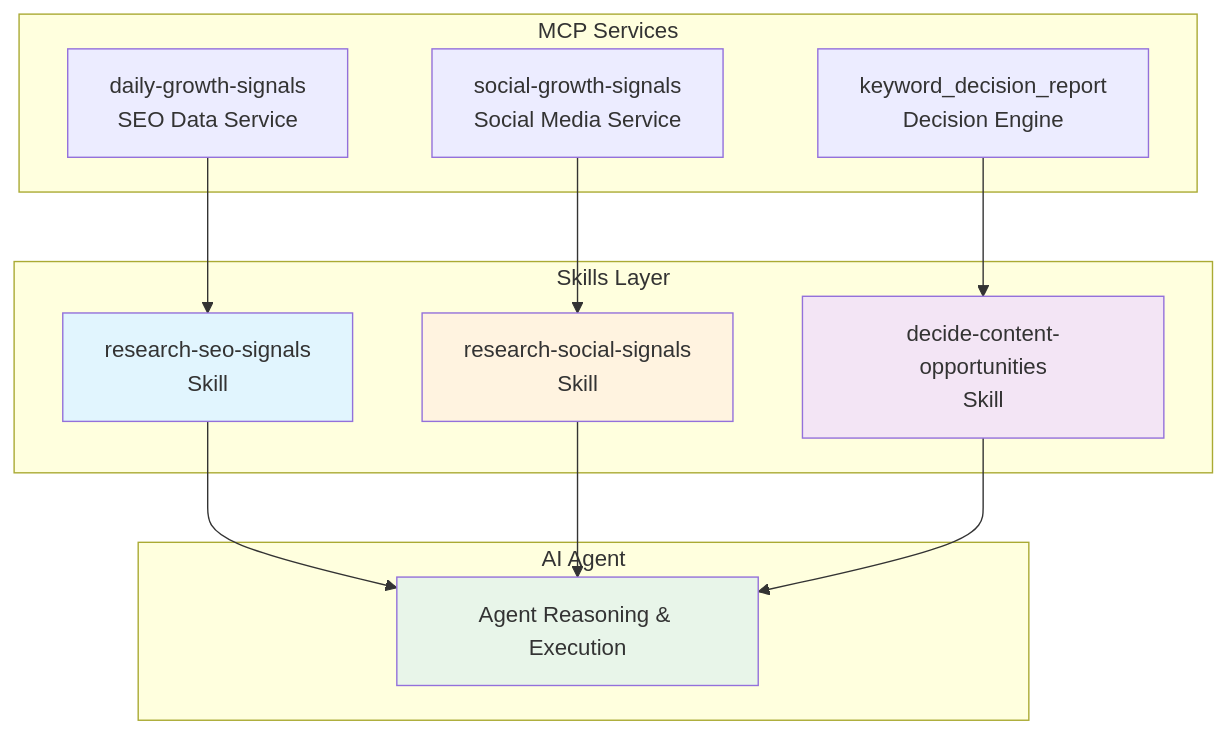
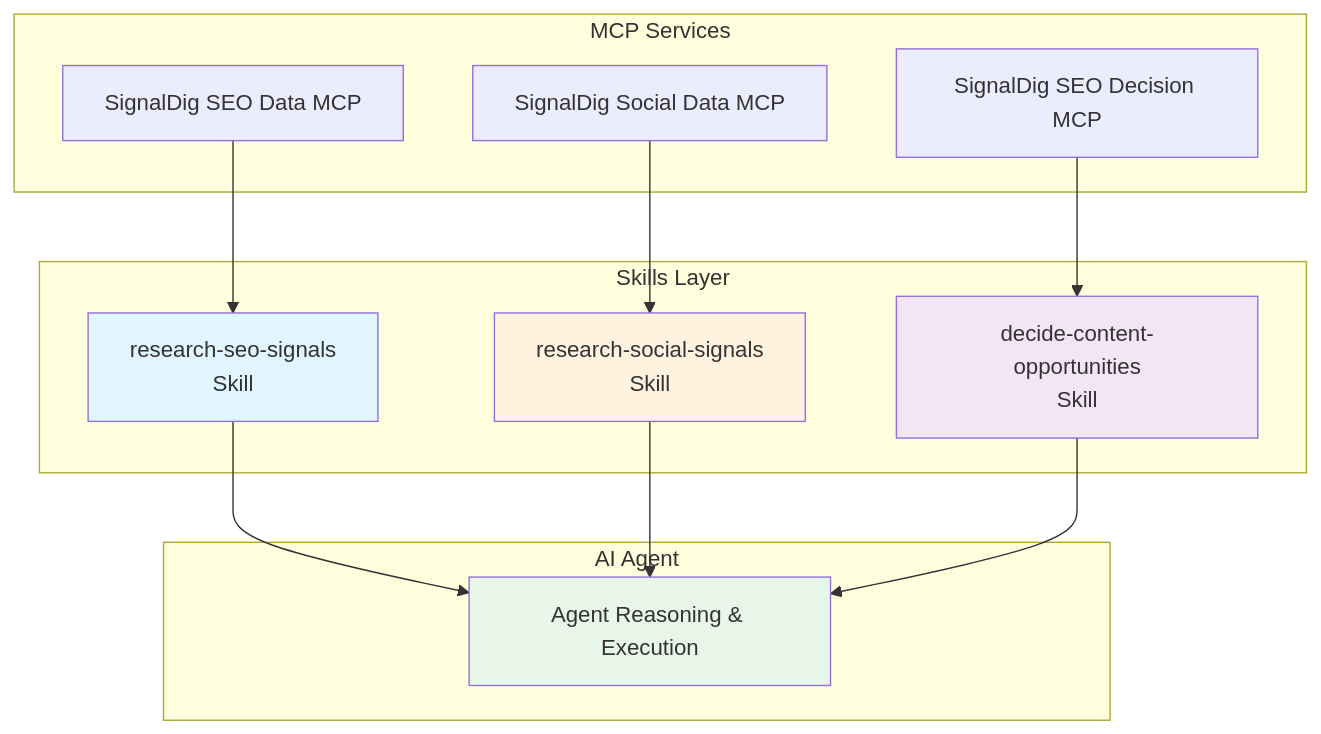
One commit to daily-growth-signals/seo-signal-skills changed the diagram in skills/README.md. Above: the diagram before and after it, drawn with Mermaid. The commit also changed other lines of this file and 21 other files, not shown here.

````diff
--- a/skills/README.md
+++ b/skills/README.md
@@ -169,31 +171,31 @@
 ```mermaid
 graph TB
     subgraph "MCP Services"
-        A[daily-growth-signals<br/>SEO Data Service]
-        B[social-growth-signals<br/>Social Media Service]
-        C[keyword_decision_report<br/>Decision Engine]
+        A[SignalDig SEO Data MCP]
+        B[SignalDig Social Data MCP]
+        C[SignalDig SEO Decision MCP]
     end
     
     subgraph "Skills Layer"
         D[research-seo-signals<br/>Skill]
         E[research-social-signals<br/>Skill]
         F[decide-content-opportunities<br/>Skill]
     end
     
     subgraph "AI Agent"
         G[Agent Reasoning & Execution]
     end
     
     A --> D
     B --> E
     C --> F
     
     D --> G
     E --> G
     F --> G
     
     style D fill:#e1f5fe
     style E fill:#fff3e0
     style F fill:#f3e5f5
     style G fill:#e8f5e9
 ```
````
